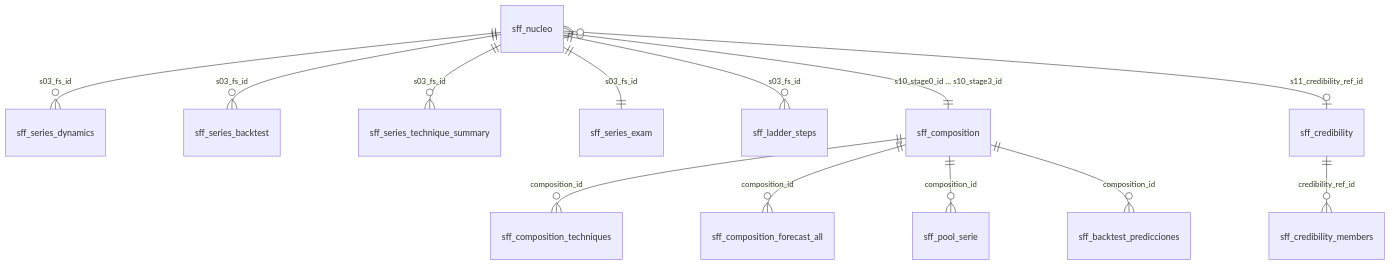
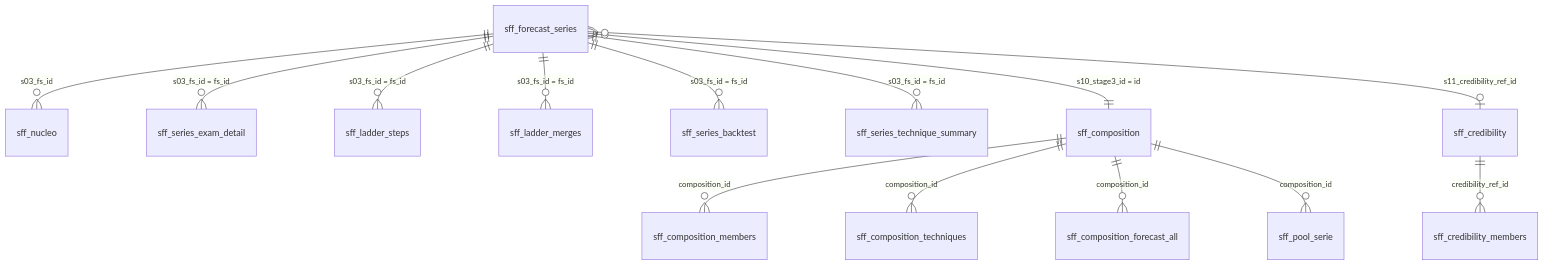
Before and after one commit to mjimcua/WIP_oct: the diagram in refactor/DOC_modelo_datos.md, drawn with Mermaid. The commit also changed other lines of this file and 9 other files, not shown here.

````diff
--- a/refactor/DOC_modelo_datos.md
+++ b/refactor/DOC_modelo_datos.md
@@ -13,15 +15,16 @@
 ```mermaid
 erDiagram
-    sff_nucleo ||--o{ sff_series_dynamics : "s03_fs_id"
-    sff_nucleo ||--o{ sff_series_backtest : "s03_fs_id"
-    sff_nucleo ||--o{ sff_series_technique_summary : "s03_fs_id"
-    sff_nucleo ||--|| sff_series_exam : "s03_fs_id"
-    sff_nucleo ||--o{ sff_ladder_steps : "s03_fs_id"
-    sff_nucleo }o--|| sff_composition : "s10_stage0_id … s10_stage3_id"
+    sff_forecast_series ||--o{ sff_nucleo : "s03_fs_id"
+    sff_forecast_series ||--o{ sff_series_exam_detail : "s03_fs_id = fs_id"
+    sff_forecast_series ||--o{ sff_ladder_steps : "s03_fs_id = fs_id"
+    sff_forecast_series ||--o{ sff_ladder_merges : "s03_fs_id = fs_id"
+    sff_forecast_series ||--o{ sff_series_backtest : "s03_fs_id = fs_id"
+    sff_forecast_series ||--o{ sff_series_technique_summary : "s03_fs_id = fs_id"
+    sff_forecast_series }o--|| sff_composition : "s10_stage3_id = id"
+    sff_composition ||--o{ sff_composition_members : "composition_id"
     sff_composition ||--o{ sff_composition_techniques : "composition_id"
     sff_composition ||--o{ sff_composition_forecast_all : "composition_id"
     sff_composition ||--o{ sff_pool_serie : "composition_id"
-    sff_composition ||--o{ sff_backtest_predicciones : "composition_id"
-    sff_nucleo }o--o| sff_credibility : "s11_credibility_ref_id"
+    sff_forecast_series }o--o| sff_credibility : "s11_credibility_ref_id"
     sff_credibility ||--o{ sff_credibility_members : "credibility_ref_id"
 ```
````
